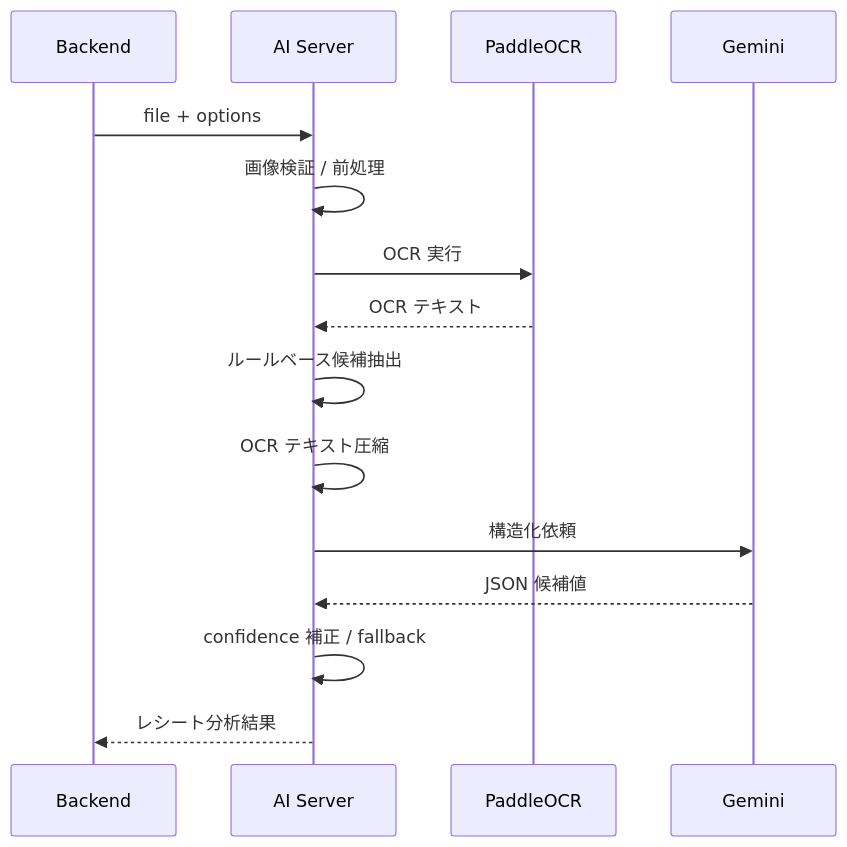
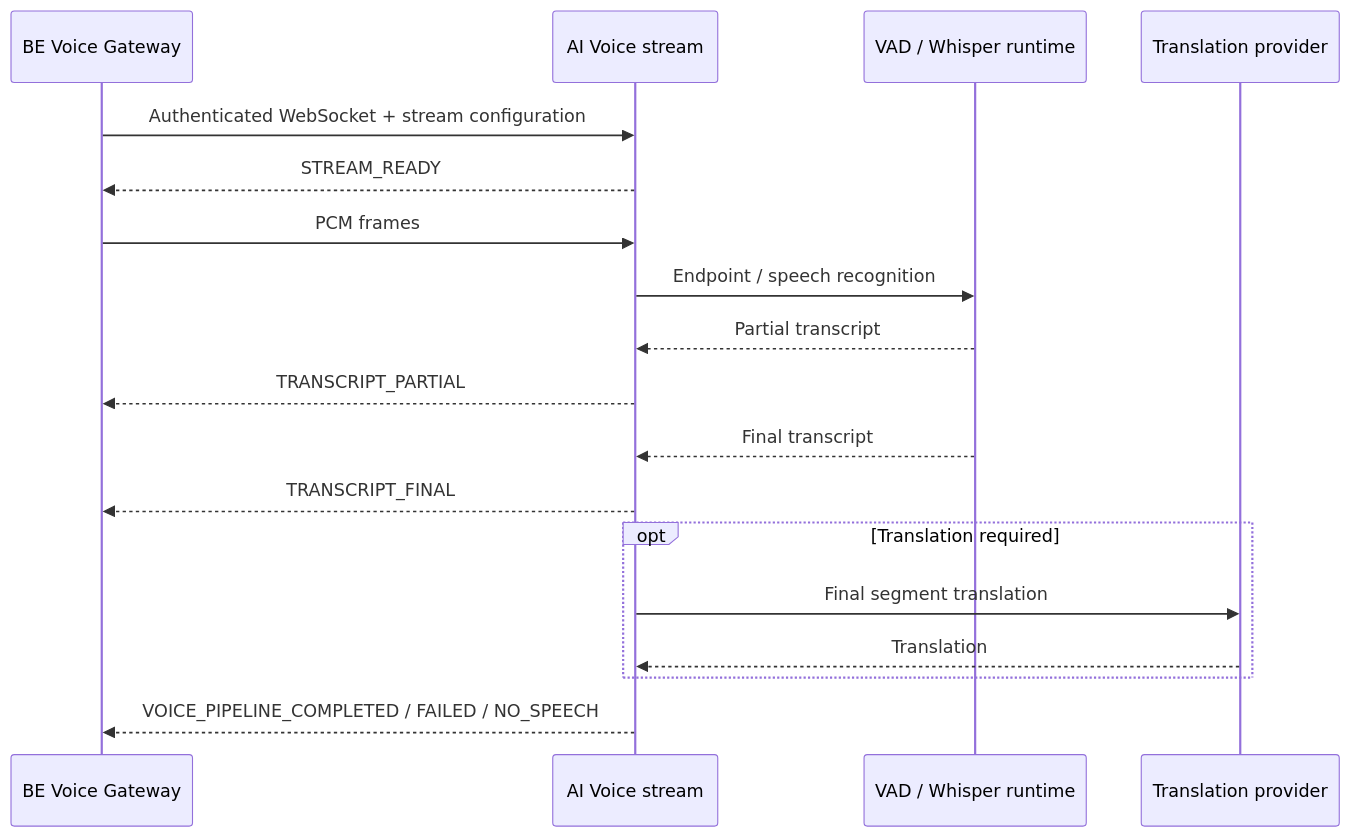
One commit to krumichan/CatPjt-TranslaCat-ai changed the fifth of 5 diagrams in Readme.md. Above: the diagram before and after it, drawn with Mermaid. The commit also changed other lines of this file, not shown here.

````diff
--- a/Readme.md
+++ b/Readme.md
@@ -251,18 +211,20 @@
 ```mermaid
 sequenceDiagram
-    participant BE as Backend
-    participant AI as AI Server
-    participant OCR as PaddleOCR
-    participant GEM as Gemini
-
-    BE->>AI: file + options
-    AI->>AI: 画像検証 / 前処理
-    AI->>OCR: OCR 実行
-    OCR-->>AI: OCR テキスト
-    AI->>AI: ルールベース候補抽出
-    AI->>AI: OCR テキスト圧縮
-    AI->>GEM: 構造化依頼
-    GEM-->>AI: JSON 候補値
-    AI->>AI: confidence 補正 / fallback
-    AI-->>BE: レシート分析結果
+    participant BE as BE Voice Gateway
+    participant AI as AI Voice stream
+    participant STT as VAD / Whisper runtime
+    participant T as Translation provider
+    BE->>AI: Authenticated WebSocket + stream configuration
+    AI-->>BE: STREAM_READY
+    BE->>AI: PCM frames
+    AI->>STT: Endpoint / speech recognition
+    STT-->>AI: Partial transcript
+    AI-->>BE: TRANSCRIPT_PARTIAL
+    STT-->>AI: Final transcript
+    AI-->>BE: TRANSCRIPT_FINAL
+    opt Translation required
+        AI->>T: Final segment translation
+        T-->>AI: Translation
+    end
+    AI-->>BE: VOICE_PIPELINE_COMPLETED / FAILED / NO_SPEECH
 ```
````
